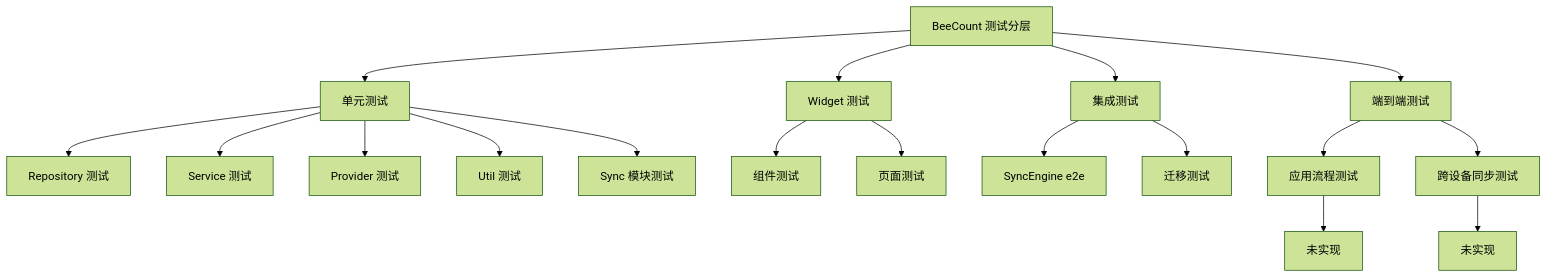
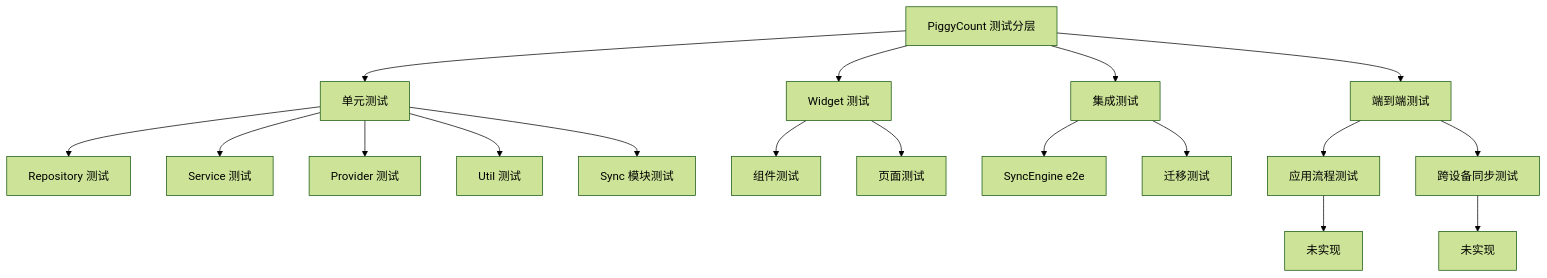
Before and after one commit to mecoren/PiggyCount: the first of 5 diagrams in docoments/10-testing-strategy.md, drawn with Mermaid (forest theme). The commit also changed other lines of this file and 91 other files, not shown here.

````diff
--- a/docoments/10-testing-strategy.md
+++ b/docoments/10-testing-strategy.md
@@ -59,27 +59,27 @@
 ```mermaid
 flowchart TD
-    Root[BeeCount 测试分层]
+    Root[PiggyCount 测试分层]
 
     Root --> Unit[单元测试]
     Root --> Widget[Widget 测试]
     Root --> Integration[集成测试]
     Root --> E2E[端到端测试]
 
     Unit --> U1[Repository 测试]
     Unit --> U2[Service 测试]
     Unit --> U3[Provider 测试]
     Unit --> U4[Util 测试]
     Unit --> U5[Sync 模块测试]
 
     Widget --> W1[组件测试]
     Widget --> W2[页面测试]
 
     Integration --> I1[SyncEngine e2e]
     Integration --> I2[迁移测试]
 
     E2E --> E1[应用流程测试]
     E2E --> E2[跨设备同步测试]
 
     E1 --> E1X[未实现]
     E2 --> E2X[未实现]
 ```
````
